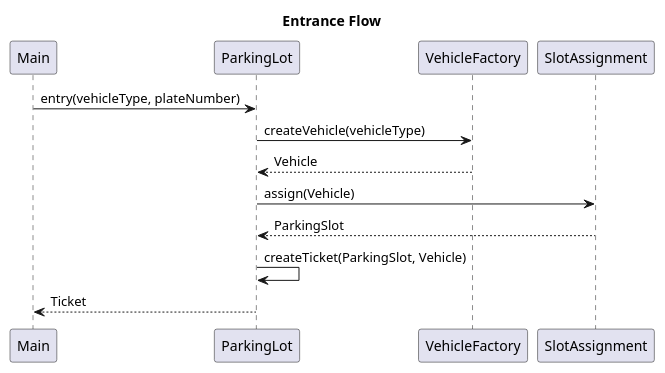
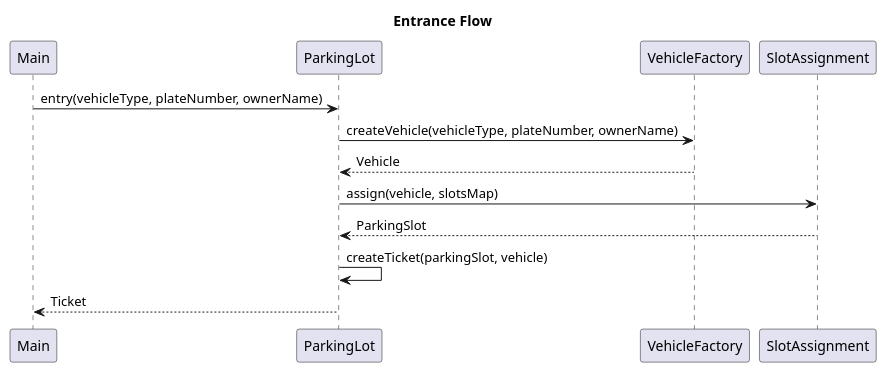
The diagram in src/main/java/com/lld/problems/parkinglot/notes/parkinglot-uml-entrance-flow-diagram.puml (Anuj-Gupta79/lld-mastery), drawn with PlantUML before and after one commit. The commit also changed 24 other files, not shown here.

Commit message:
Design Problems: ParkingLot has been completed

```diff
--- a/src/main/java/com/lld/problems/parkinglot/notes/parkinglot-uml-entrance-flow-diagram.puml
+++ b/src/main/java/com/lld/problems/parkinglot/notes/parkinglot-uml-entrance-flow-diagram.puml
@@ -1,17 +1,17 @@
 @startuml
 title Entrance Flow
 
 participant Main
 participant ParkingLot
 participant VehicleFactory
 participant SlotAssignment
 
-Main -> ParkingLot: entry(vehicleType, plateNumber)
-ParkingLot -> VehicleFactory: createVehicle(vehicleType)
+Main -> ParkingLot: entry(vehicleType, plateNumber, ownerName)
+ParkingLot -> VehicleFactory: createVehicle(vehicleType, plateNumber, ownerName)
 VehicleFactory --> ParkingLot: Vehicle
-ParkingLot -> SlotAssignment: assign(Vehicle)
+ParkingLot -> SlotAssignment: assign(vehicle, slotsMap)
 SlotAssignment --> ParkingLot: ParkingSlot
-ParkingLot -> ParkingLot: createTicket(ParkingSlot, Vehicle)
+ParkingLot -> ParkingLot: createTicket(parkingSlot, vehicle)
 ParkingLot --> Main: Ticket
 
 @enduml
```
